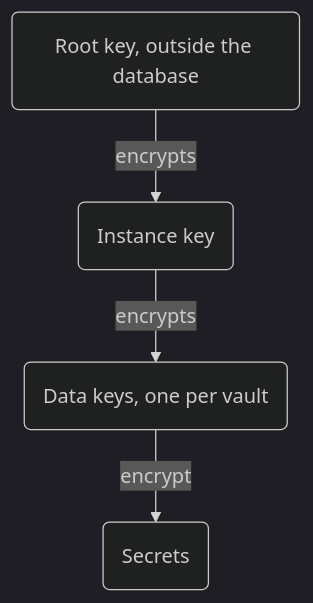
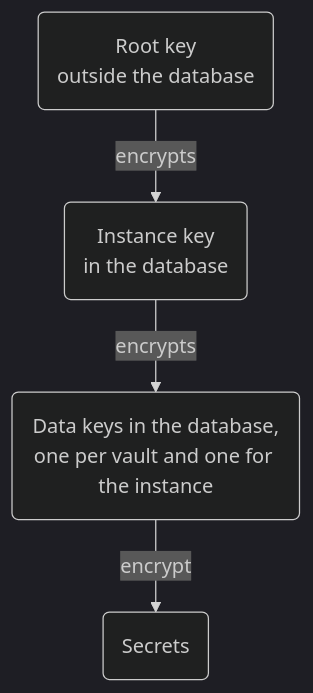
The diagram in site/docs/content/deploy.mdx (gotempsh/tokenless), drawn with Mermaid (dark theme) before and after one commit. The commit also changed 2 other files, not shown here.

Commit message:
fix(site): keep diagrams on screen through redraws, and the key diagram complete
Each Mermaid drawing gets its own id: Mermaid removes the element with
the id it draws under, so a redraw that was superseded (a quick theme
toggle) deleted the diagram on screen and left the card empty. A
subgraph's title is no longer transparent.

The key hierarchy names the instance's own data key again, and says
which keys are in the database. The test against box-drawing diagrams
also reads indented and ~~~ code blocks.

````diff
--- a/site/docs/content/deploy.mdx
+++ b/site/docs/content/deploy.mdx
@@ -153,8 +153,8 @@
 ```mermaid
 flowchart TD
   accTitle: The key hierarchy
   accDescr: The root key, kept outside the database, encrypts the instance key. The instance key encrypts the data keys, one per vault and one for the instance. The data keys encrypt the secrets. Everything but the root key is in the database.
-  root("Root key, outside the database") -- encrypts --> instance("Instance key")
-  instance -- encrypts --> data("Data keys, one per vault")
+  root("Root key<br/>outside the database") -- encrypts --> instance("Instance key<br/>in the database")
+  instance -- encrypts --> data("Data keys in the database,<br/>one per vault and one for the instance")
   data -- encrypt --> secrets("Secrets")
 ```
````
